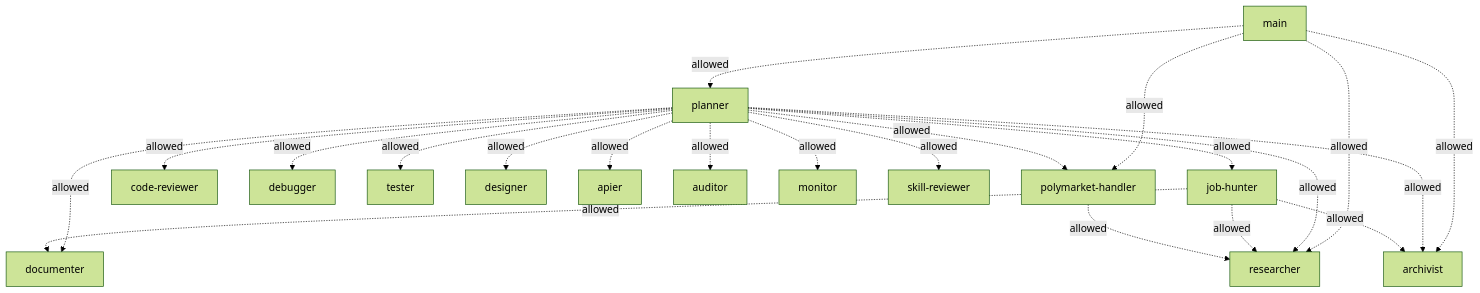
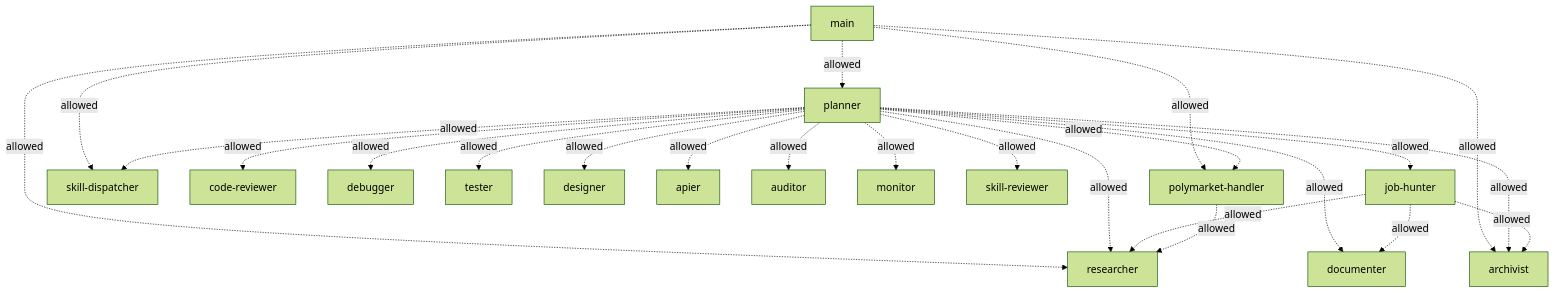
Before and after one commit to SrD836/jarvis-vault: the diagram in agents/index.md, drawn with Mermaid (forest theme). The commit also changed other lines of this file and 92 other files, not shown here.

````diff
--- a/agents/index.md
+++ b/agents/index.md
@@ -36,24 +37,26 @@
 ```mermaid
 graph TD
   main -.allowed.-> planner
   main -.allowed.-> researcher
   main -.allowed.-> archivist
   main -.allowed.-> polymarket-handler
+  main -.allowed.-> skill-dispatcher
   planner -.allowed.-> researcher
   planner -.allowed.-> code-reviewer
   planner -.allowed.-> debugger
   planner -.allowed.-> tester
   planner -.allowed.-> documenter
   planner -.allowed.-> designer
   planner -.allowed.-> apier
   planner -.allowed.-> archivist
   planner -.allowed.-> auditor
   planner -.allowed.-> monitor
   planner -.allowed.-> skill-reviewer
   planner -.allowed.-> job-hunter
   planner -.allowed.-> polymarket-handler
+  planner -.allowed.-> skill-dispatcher
   job-hunter -.allowed.-> researcher
   job-hunter -.allowed.-> documenter
   job-hunter -.allowed.-> archivist
   polymarket-handler -.allowed.-> researcher
 ```
````
